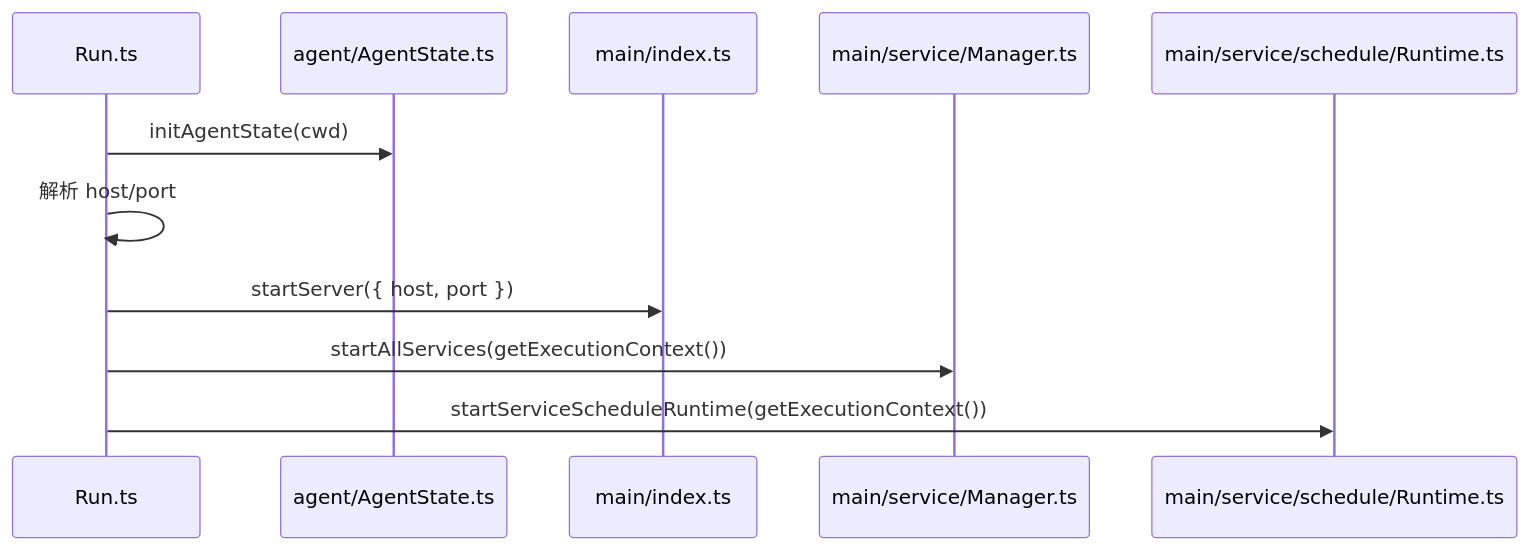
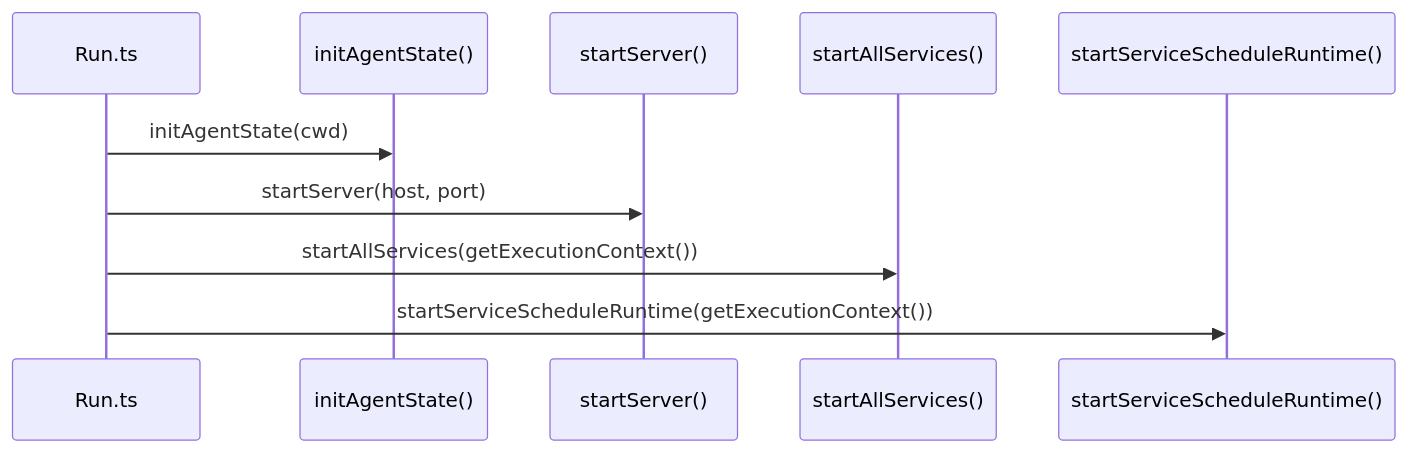
Before and after one commit to wangenius/downcity: the second of 7 diagrams in devdocs/startup-and-api-flow.md, drawn with Mermaid. The commit also changed other lines of this file and 96 other files, not shown here.

````diff
--- a/devdocs/startup-and-api-flow.md
+++ b/devdocs/startup-and-api-flow.md
@@ -77,14 +63,13 @@
 ```mermaid
 sequenceDiagram
-  participant Run as Run.ts
-  participant Agent as agent/AgentState.ts
-  participant Server as main/index.ts
-  participant Services as main/service/Manager.ts
-  participant Schedule as main/service/schedule/Runtime.ts
+  participant RUN as Run.ts
+  participant AGENT as initAgentState()
+  participant SERVER as startServer()
+  participant SERVICES as startAllServices()
+  participant SCHEDULE as startServiceScheduleRuntime()
 
-  Run->>Agent: initAgentState(cwd)
-  Run->>Run: 解析 host/port
-  Run->>Server: startServer({ host, port })
-  Run->>Services: startAllServices(getExecutionContext())
-  Run->>Schedule: startServiceScheduleRuntime(getExecutionContext())
+  RUN->>AGENT: initAgentState(cwd)
+  RUN->>SERVER: startServer(host, port)
+  RUN->>SERVICES: startAllServices(getExecutionContext())
+  RUN->>SCHEDULE: startServiceScheduleRuntime(getExecutionContext())
 ```
````
